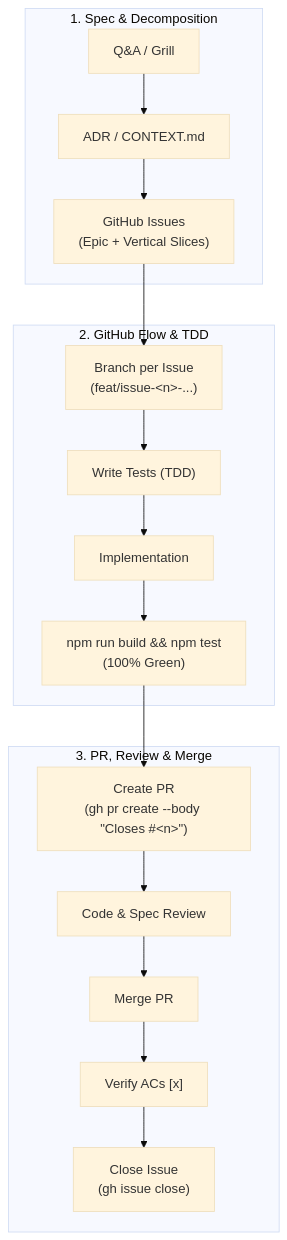
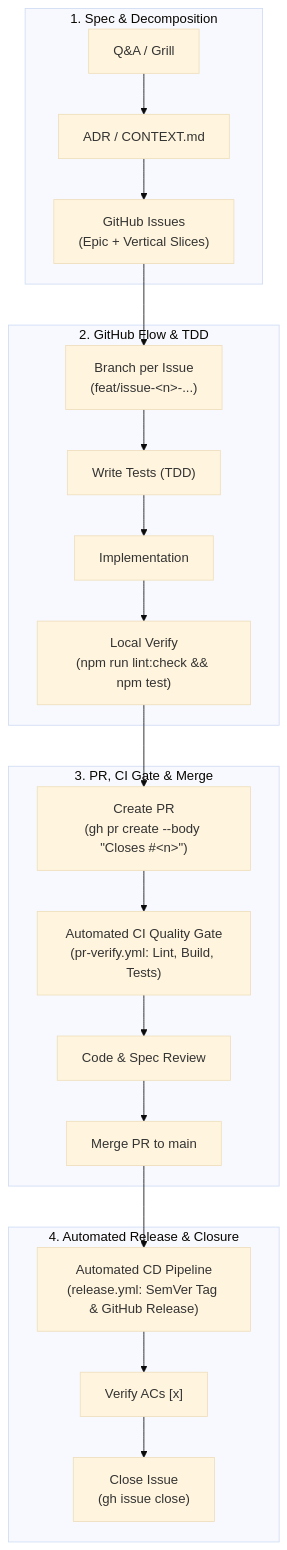
One commit to thanhtrixx/html-standalone-tools changed the diagram in docs/agents/ways-of-working.md. Above: the diagram before and after it, drawn with Mermaid (base theme). The commit also changed other lines of this file and 9 other files, not shown here.

Commit message:
feat(infra): Automated PR Quality Gate & Post-Merge Release Pipeline (#20)

````diff
--- a/docs/agents/ways-of-working.md
+++ b/docs/agents/ways-of-working.md
@@ -9,23 +9,28 @@
 ```mermaid
 flowchart TD
     subgraph P1["1. Spec &amp; Decomposition"]
         QA["Q&amp;A / Grill"] --> ADR["ADR / CONTEXT.md"]
         ADR --> Issues["GitHub Issues<br/>(Epic + Vertical Slices)"]
     end
 
     subgraph P2["2. GitHub Flow &amp; TDD"]
         Branch["Branch per Issue<br/>(feat/issue-&lt;n&gt;-...)"] --> TDD["Write Tests (TDD)"]
         TDD --> Impl["Implementation"]
-        Impl --> Verify["npm run build &amp;&amp; npm test<br/>(100% Green)"]
+        Impl --> LocalVerify["Local Verify<br/>(npm run lint:check &amp;&amp; npm test)"]
     end
 
-    subgraph P3["3. PR, Review &amp; Merge"]
-        PR["Create PR<br/>(gh pr create --body &quot;Closes #&lt;n&gt;&quot;)"] --> Review["Code &amp; Spec Review"]
-        Review --> Merge["Merge PR"]
-        Merge --> VerifyAC["Verify ACs [x]"]
+    subgraph P3["3. PR, CI Gate &amp; Merge"]
+        PR["Create PR<br/>(gh pr create --body &quot;Closes #&lt;n&gt;&quot;)"] --> CIGate["Automated CI Quality Gate<br/>(pr-verify.yml: Lint, Build, Tests)"]
+        CIGate --> Review["Code &amp; Spec Review"]
+        Review --> Merge["Merge PR to main"]
+    end
+
+    subgraph P4["4. Automated Release &amp; Closure"]
+        Merge --> CDRelease["Automated CD Pipeline<br/>(release.yml: SemVer Tag &amp; GitHub Release)"]
+        CDRelease --> VerifyAC["Verify ACs [x]"]
         VerifyAC --> Close["Close Issue<br/>(gh issue close)"]
     end
 
     Issues --> Branch
-    Verify --> PR
+    LocalVerify --> PR
 ```
````
